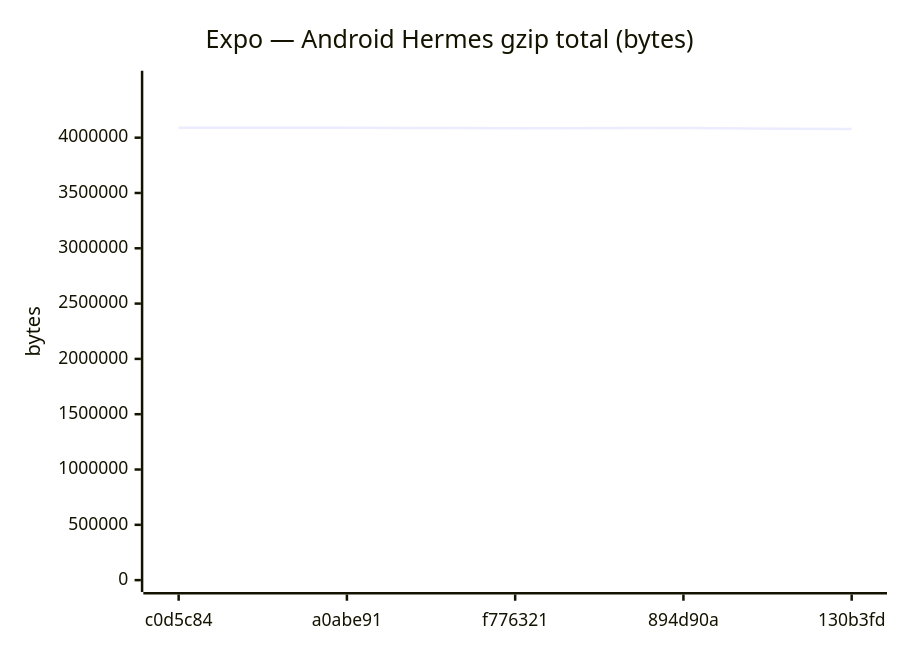
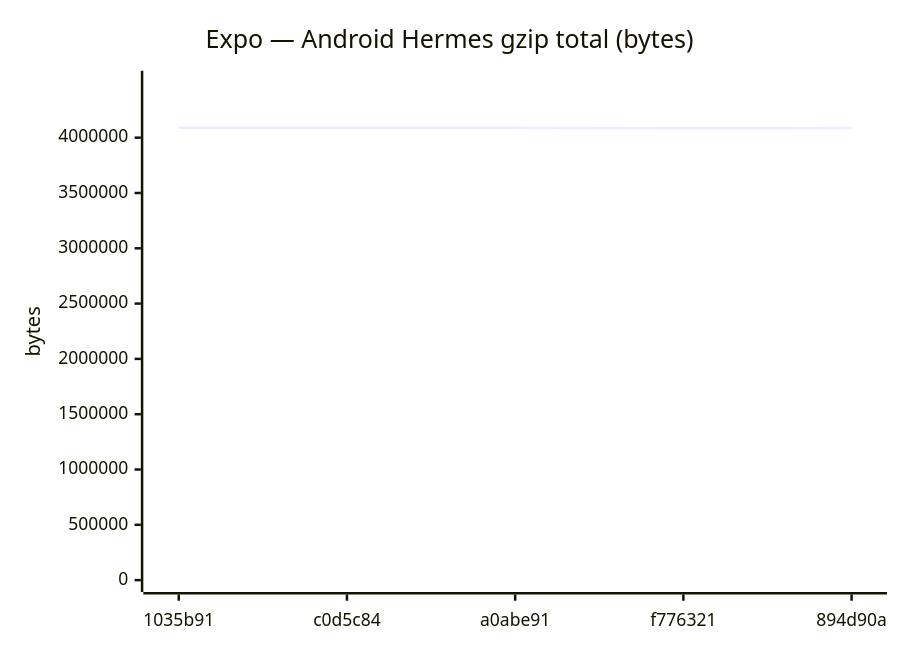
Before and after one commit to Metaheurist/Rianell: diagram 11 of 18 in benchmarks/compare.md, drawn with Mermaid. The commit also changed other lines of this file and 11 other files, not shown here.

````diff
--- a/benchmarks/compare.md
+++ b/benchmarks/compare.md
@@ -172,7 +172,7 @@
 ```mermaid
 xychart-beta
     title "Expo — Android Hermes gzip total (bytes)"
-    x-axis ["c0d5c84", "a0abe91", "f776321", "894d90a", "130b3fd"]
+    x-axis ["1035b91", "c0d5c84", "a0abe91", "f776321", "894d90a"]
     y-axis "bytes" 0 --> 4497695
-    line [4088813, 4088812, 4085830, 4086643, 4077332]
+    line [4088813, 4088813, 4088812, 4085830, 4086643]
 ```
````
